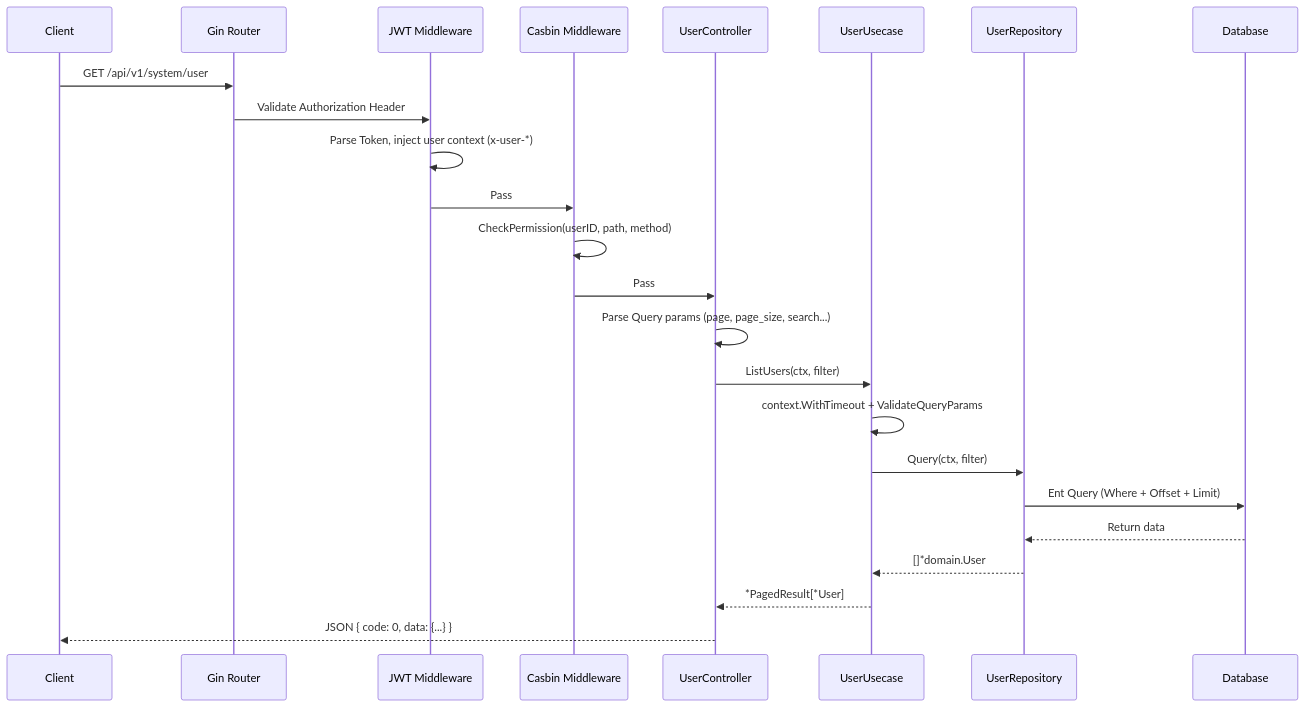
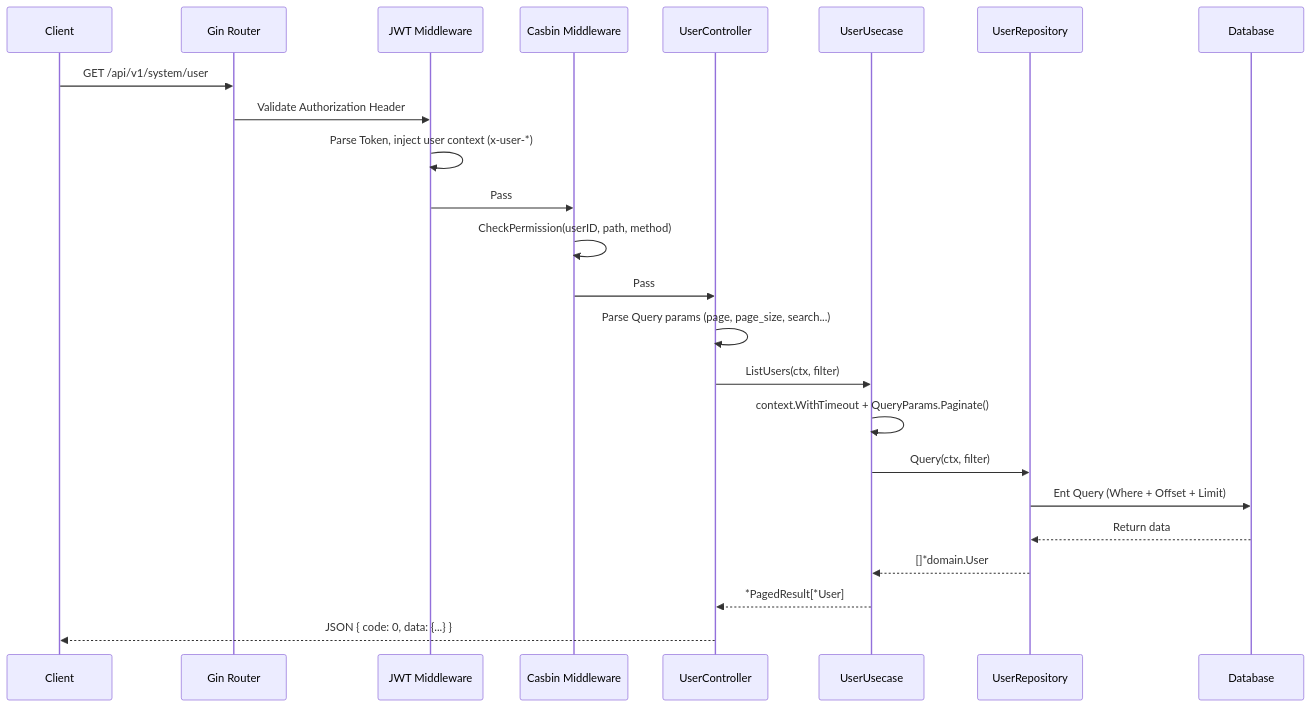
The second of 3 diagrams in docs/getting-started/architecture.en.md (ahaodev/shadmin), drawn with Mermaid before and after one commit. The commit also changed 10 other files, not shown here.

````diff
--- a/docs/getting-started/architecture.en.md
+++ b/docs/getting-started/architecture.en.md
@@ -148,27 +148,27 @@
 ```mermaid
 sequenceDiagram
     participant C as Client
     participant R as Gin Router
     participant JWT as JWT Middleware
     participant CAS as Casbin Middleware
     participant CTRL as UserController
     participant UC as UserUsecase
     participant REPO as UserRepository
     participant DB as Database
 
     C->>R: GET /api/v1/system/user
     R->>JWT: Validate Authorization Header
     JWT->>JWT: Parse Token, inject user context (x-user-*)
     JWT->>CAS: Pass
     CAS->>CAS: CheckPermission(userID, path, method)
     CAS->>CTRL: Pass
     CTRL->>CTRL: Parse Query params (page, page_size, search...)
     CTRL->>UC: ListUsers(ctx, filter)
-    UC->>UC: context.WithTimeout + ValidateQueryParams
+    UC->>UC: context.WithTimeout + QueryParams.Paginate()
     UC->>REPO: Query(ctx, filter)
     REPO->>DB: Ent Query (Where + Offset + Limit)
     DB-->>REPO: Return data
     REPO-->>UC: []*domain.User
     UC-->>CTRL: *PagedResult[*User]
     CTRL-->>C: JSON { code: 0, data: {...} }
 ```
````
